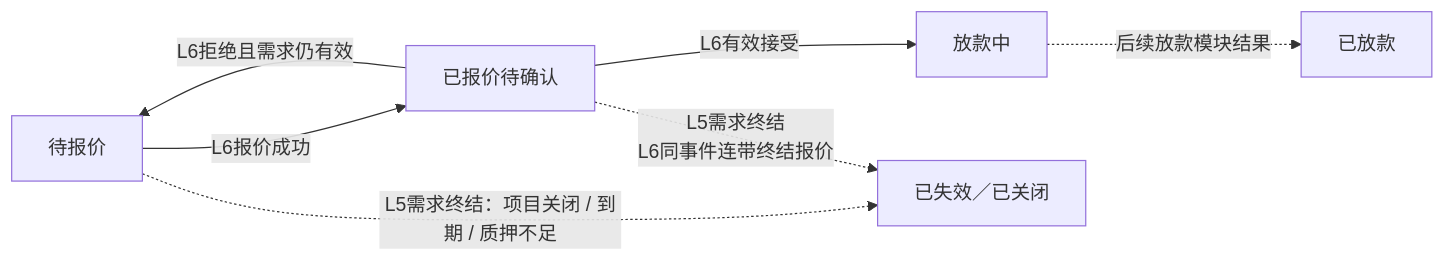
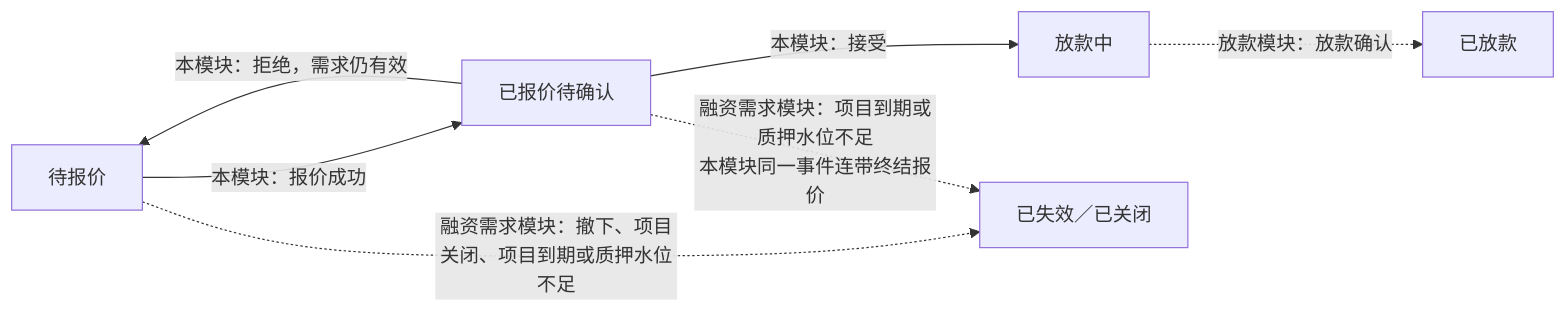
One commit to wxblockchain/Chain-Financing changed the eighth of 8 diagrams in lending-platform/PRD/面客端/06-借贷广场-授信报价与接受拒绝/02-授信报价与接受拒绝-流程图与状态机.md. Above: the diagram before and after it, drawn with Mermaid. The commit also changed other lines of this file and 6 other files, not shown here.

````diff
--- a/lending-platform/PRD/面客端/06-借贷广场-授信报价与接受拒绝/02-授信报价与接受拒绝-流程图与状态机.md
+++ b/lending-platform/PRD/面客端/06-借贷广场-授信报价与接受拒绝/02-授信报价与接受拒绝-流程图与状态机.md
@@ -184,9 +177,9 @@
 ```mermaid
 flowchart LR
-  A["待报价"] -->|"L6报价成功"| B["已报价待确认"]
-  B -->|"L6有效接受"| C["放款中"]
-  B -->|"L6拒绝且需求仍有效"| A
-  A -. "L5需求终结：项目关闭 / 到期 / 质押不足" .-> E["已失效／已关闭"]
-  B -. "L5需求终结<br/>L6同事件连带终结报价" .-> E
-  C -. "后续放款模块结果" .-> D["已放款"]
+  A["待报价"] -->|"本模块：报价成功"| B["已报价待确认"]
+  B -->|"本模块：接受"| C["放款中"]
+  B -->|"本模块：拒绝，需求仍有效"| A
+  A -. "融资需求模块：撤下、项目关闭、项目到期或质押水位不足" .-> E["已失效／已关闭"]
+  B -. "融资需求模块：项目到期或质押水位不足<br/>本模块同一事件连带终结报价" .-> E
+  C -. "放款模块：放款确认" .-> D["已放款"]
 ```
````
